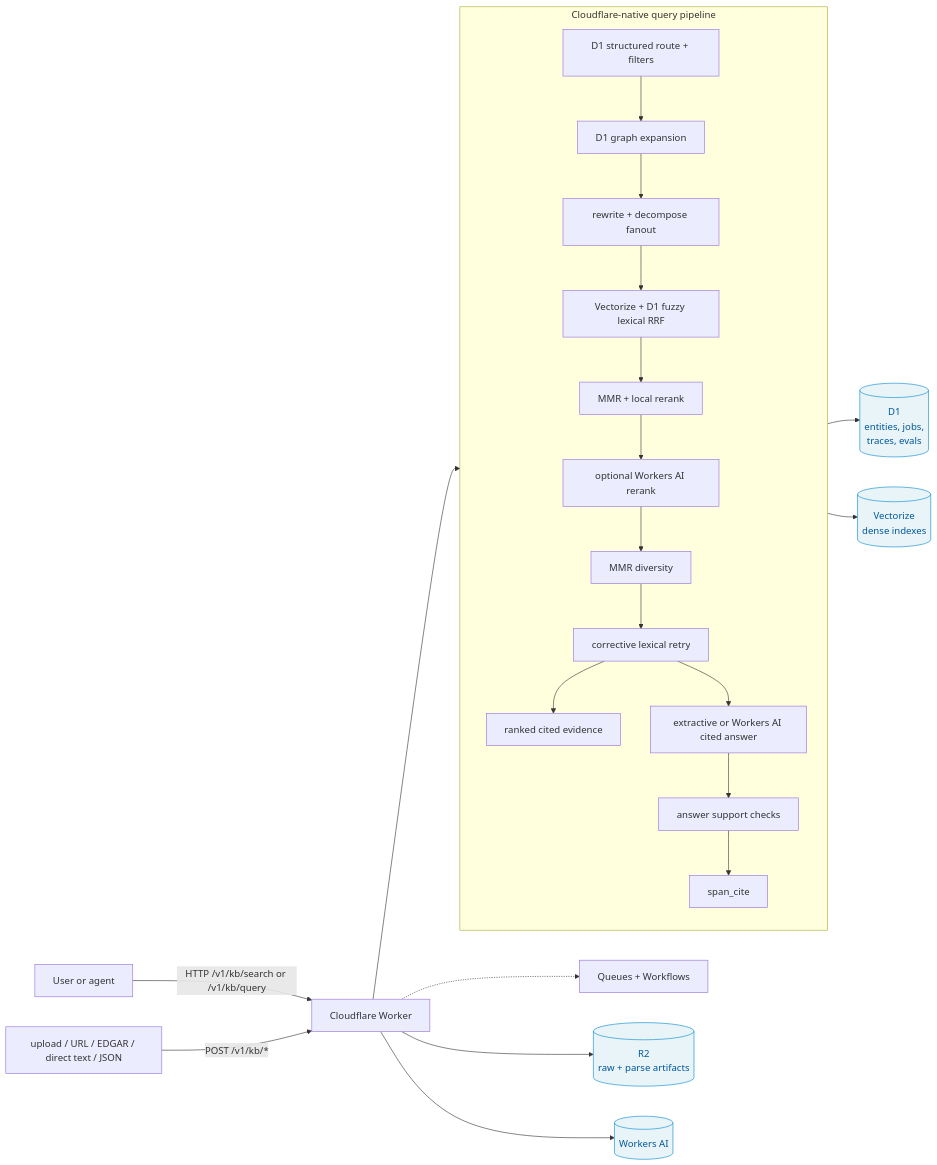
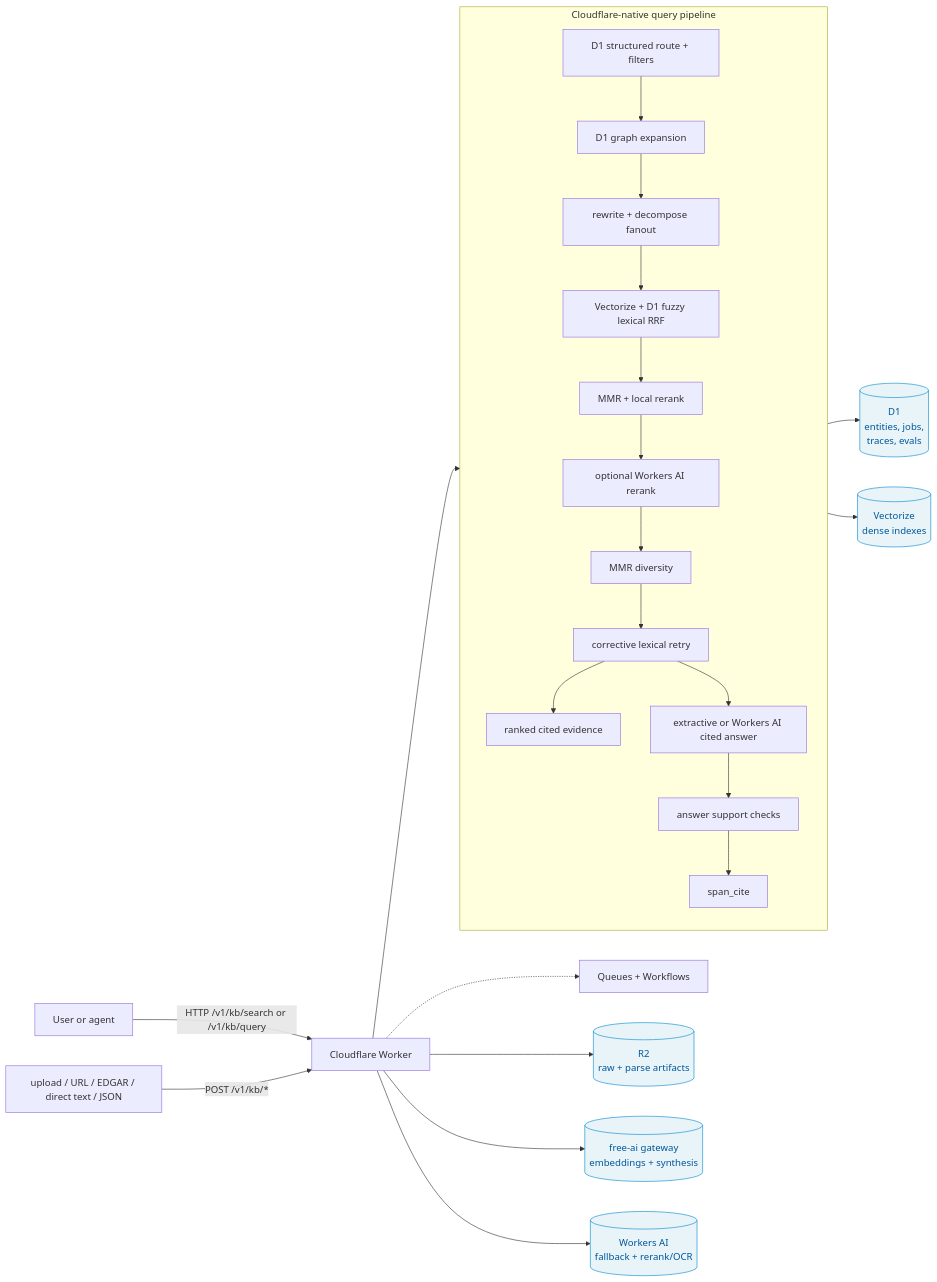
The diagram in README.md (sass-maker/knowledge-base), drawn with Mermaid before and after one commit. The commit also changed other lines of this file and 10 other files, not shown here.

````diff
--- a/README.md
+++ b/README.md
@@ -85,31 +87,32 @@
 ```mermaid
 flowchart LR
     User[User or agent] -->|HTTP /v1/kb/search or /v1/kb/query| Worker[Cloudflare Worker]
     Worker --> Pipeline
 
     subgraph Pipeline[Cloudflare-native query pipeline]
         direction TB
         S1[D1 structured route + filters] --> S2[D1 graph expansion]
         S2 --> S3[rewrite + decompose fanout]
         S3 --> S4[Vectorize + D1 fuzzy lexical RRF]
         S4 --> S5[MMR + local rerank]
         S5 --> S6[optional Workers AI rerank]
         S6 --> S7[MMR diversity]
         S7 --> S8[corrective lexical retry]
         S8 --> SearchOut[ranked cited evidence]
         S8 --> S9[extractive or Workers AI cited answer]
         S9 --> S10[answer support checks]
         S10 --> S11[span_cite]
     end
 
     Files[upload / URL / EDGAR / direct text / JSON] -->|POST /v1/kb/*| Worker
     Worker -.-> Queue[Queues + Workflows]
 
     Pipeline --> D1[(D1<br/>entities, jobs,<br/>traces, evals)]
     Pipeline --> Vectorize[(Vectorize<br/>dense indexes)]
     Worker --> R2[(R2<br/>raw + parse artifacts)]
-    Worker --> AI[(Workers AI)]
+    Worker --> FreeAI[(free-ai gateway<br/>embeddings + synthesis)]
+    Worker --> AI[(Workers AI<br/>fallback + rerank/OCR)]
 
     classDef store fill:#e8f4f8,stroke:#0288d1,color:#01579b
-    class D1,Vectorize,R2,AI store
+    class D1,Vectorize,R2,FreeAI,AI store
 ```
````
